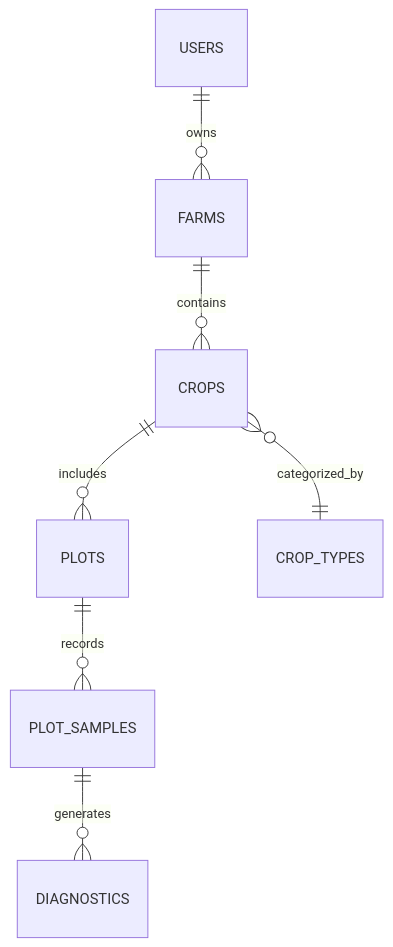
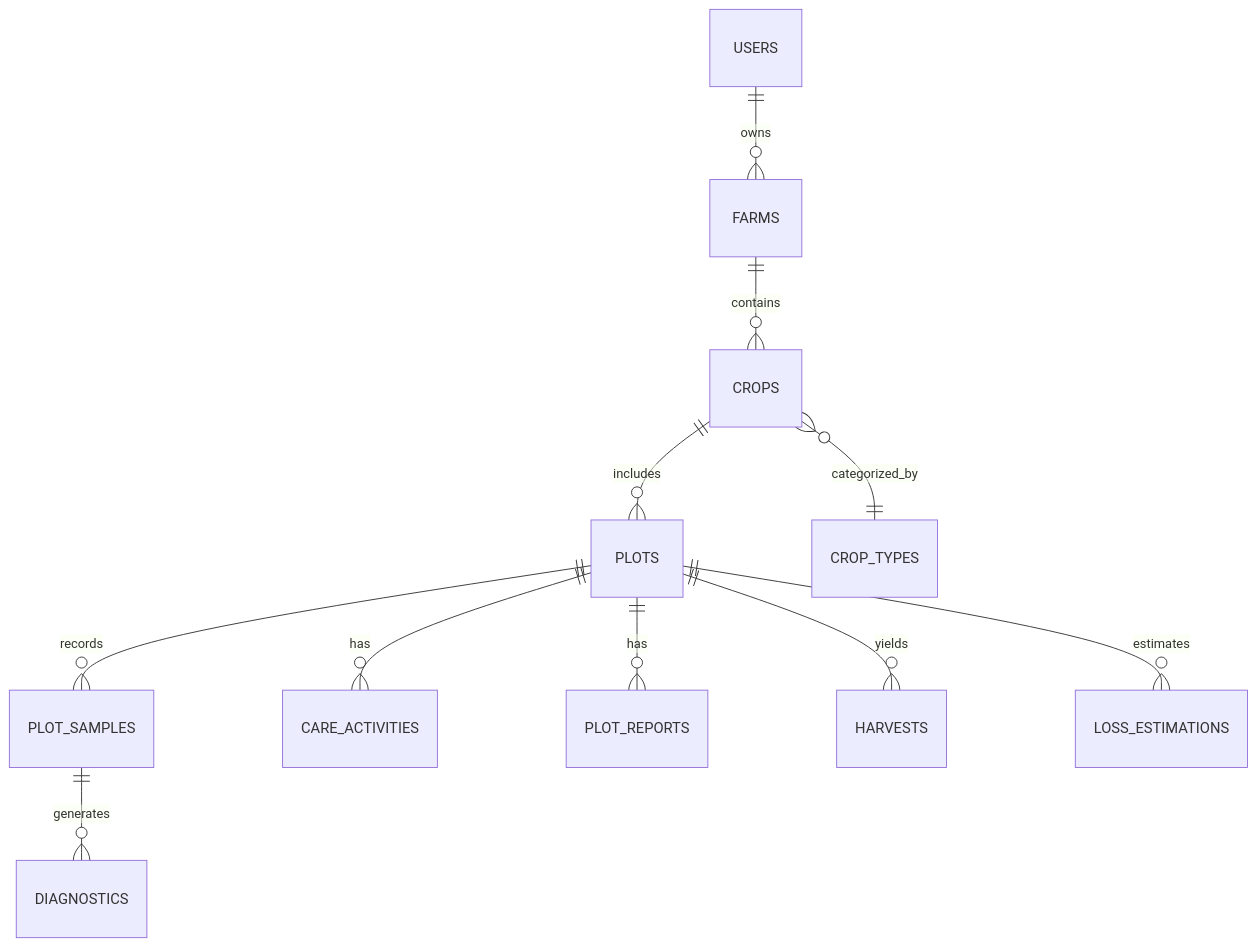
One commit to sebasbarriosrome-lgtm/backend-ai-kroppi changed the third of 3 diagrams in PROJECT_CONTEXT.md. Above: the diagram before and after it, drawn with Mermaid. The commit also changed other lines of this file and 26 other files, not shown here.

````diff
--- a/PROJECT_CONTEXT.md
+++ b/PROJECT_CONTEXT.md
@@ -350,9 +406,13 @@
 ```mermaid
 erDiagram
     USERS ||--o{ FARMS : owns
     FARMS ||--o{ CROPS : contains
     CROPS ||--o{ PLOTS : includes
     PLOTS ||--o{ PLOT_SAMPLES : records
     PLOT_SAMPLES ||--o{ DIAGNOSTICS : generates
+    PLOTS ||--o{ CARE_ACTIVITIES : has
+    PLOTS ||--o{ PLOT_REPORTS : has
+    PLOTS ||--o{ HARVESTS : yields
+    PLOTS ||--o{ LOSS_ESTIMATIONS : estimates
     CROPS }o--|| CROP_TYPES : categorized_by
 ```
````
